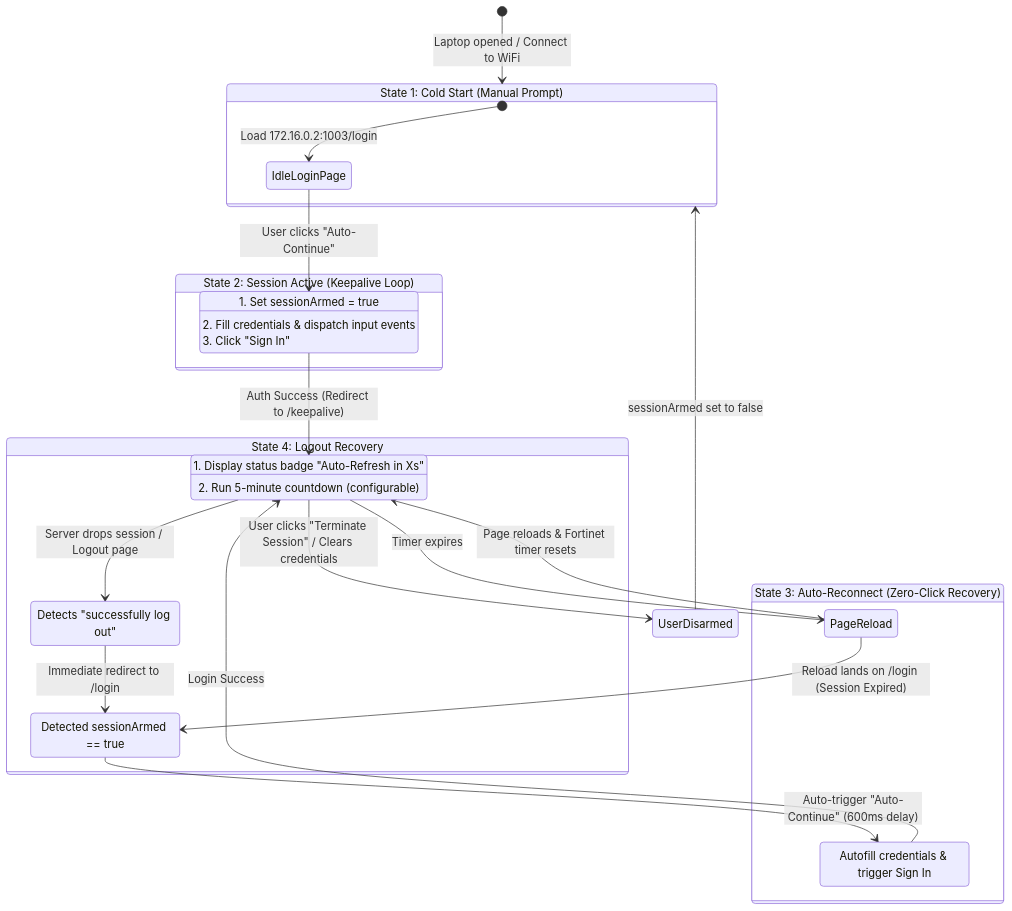
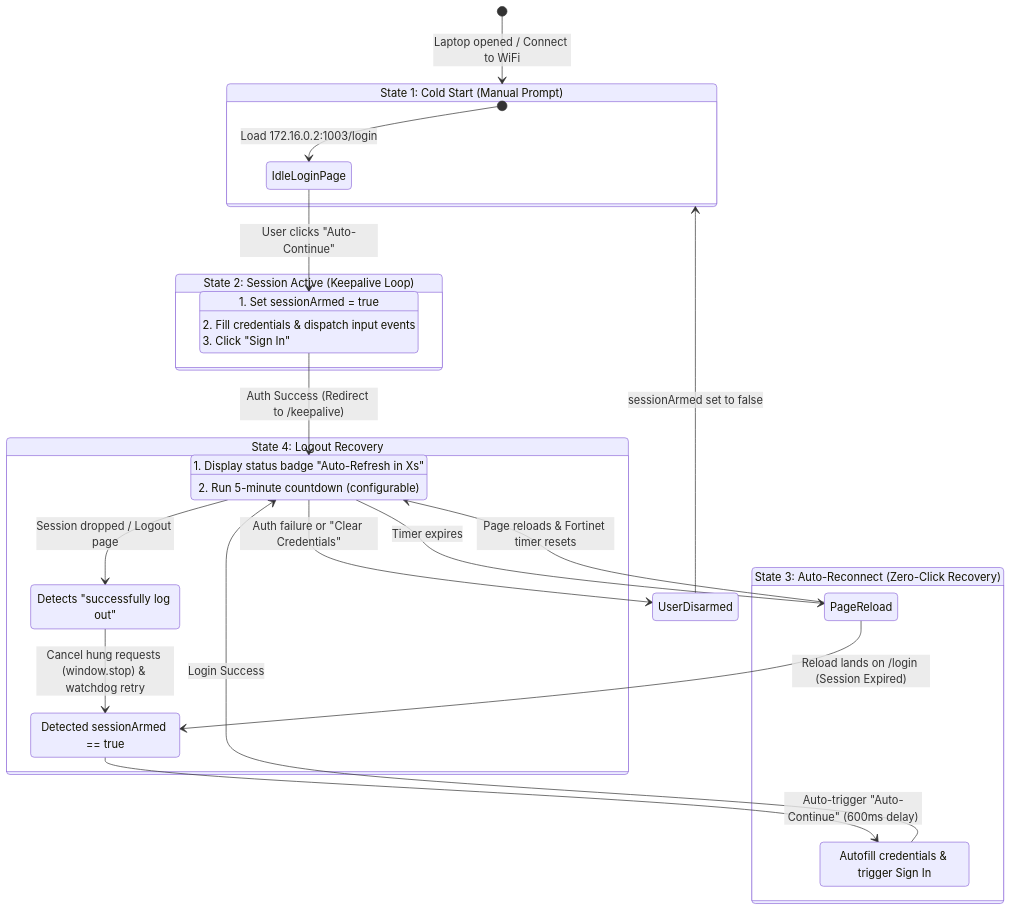
Before and after one commit to Shash-J/RVAutoWifiLogin: the diagram in README.md, drawn with Mermaid. The commit also changed other lines of this file and 1 other file, not shown here.

Commit message:
fix(engine): cancel stuck logout recovery requests via window.stop() and add watchdog retry loop

````diff
--- a/README.md
+++ b/README.md
@@ -23,37 +23,37 @@
 ```mermaid
 stateDiagram-v2
     [*] --> ColdStart : Laptop opened / Connect to WiFi
 
     state "State 1: Cold Start (Manual Prompt)" as ColdStart {
         [*] --> IdleLoginPage : Load 172.16.0.2:1003/login
         IdleLoginPage --> SubmittingManual : User clicks "Auto-Continue"
         SubmittingManual : 1. Set sessionArmed = true
         SubmittingManual : 2. Fill credentials & dispatch input events
         SubmittingManual : 3. Click "Sign In"
     }
 
     state "State 2: Session Active (Keepalive Loop)" as KeepaliveLoop {
         SubmittingManual --> KeepaliveMonitor : Auth Success (Redirect to /keepalive)
         KeepaliveMonitor : 1. Display status badge "Auto-Refresh in Xs"
         KeepaliveMonitor : 2. Run 5-minute countdown (configurable)
         KeepaliveMonitor --> PageReload : Timer expires
         PageReload --> KeepaliveMonitor : Page reloads & Fortinet timer resets
     }
 
     state "State 3: Auto-Reconnect (Zero-Click Recovery)" as AutoReconnect {
         PageReload --> AutoLoginPage : Reload lands on /login (Session Expired)
         AutoLoginPage : Detected sessionArmed == true
         AutoLoginPage --> AutoSubmitting : Auto-trigger "Auto-Continue" (600ms delay)
         AutoSubmitting : Autofill credentials & trigger Sign In
         AutoSubmitting --> KeepaliveMonitor : Login Success
     }
 
     state "State 4: Logout Recovery" as LogoutRecovery {
-        KeepaliveMonitor --> LoggedOutPage : Server drops session / Logout page
+        KeepaliveMonitor --> LoggedOutPage : Session dropped / Logout page
         LoggedOutPage : Detects "successfully log out"
-        LoggedOutPage --> AutoLoginPage : Immediate redirect to /login
+        LoggedOutPage --> AutoLoginPage : Cancel hung requests (window.stop) & watchdog retry
     }
 
-    KeepaliveMonitor --> UserDisarmed : User clicks "Terminate Session" / Clears credentials
+    KeepaliveMonitor --> UserDisarmed : Auth failure or "Clear Credentials"
     UserDisarmed --> ColdStart : sessionArmed set to false
 ```
````
